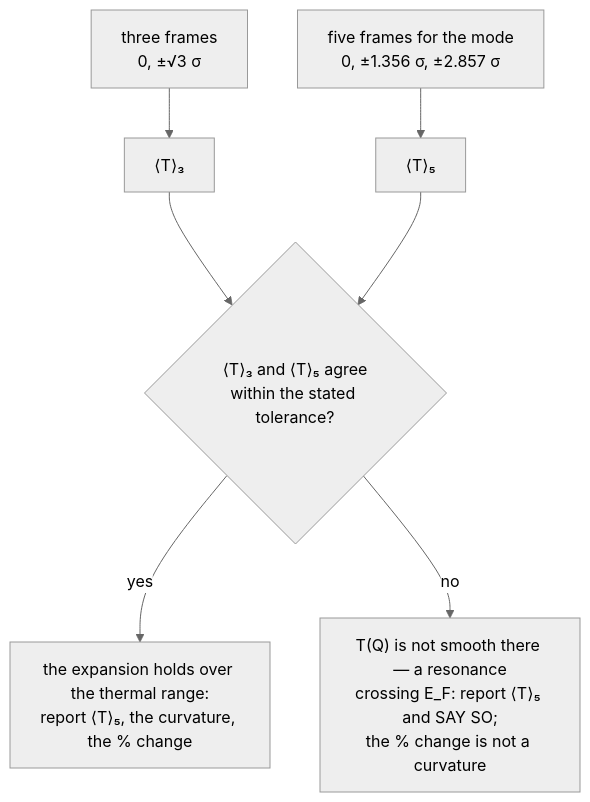
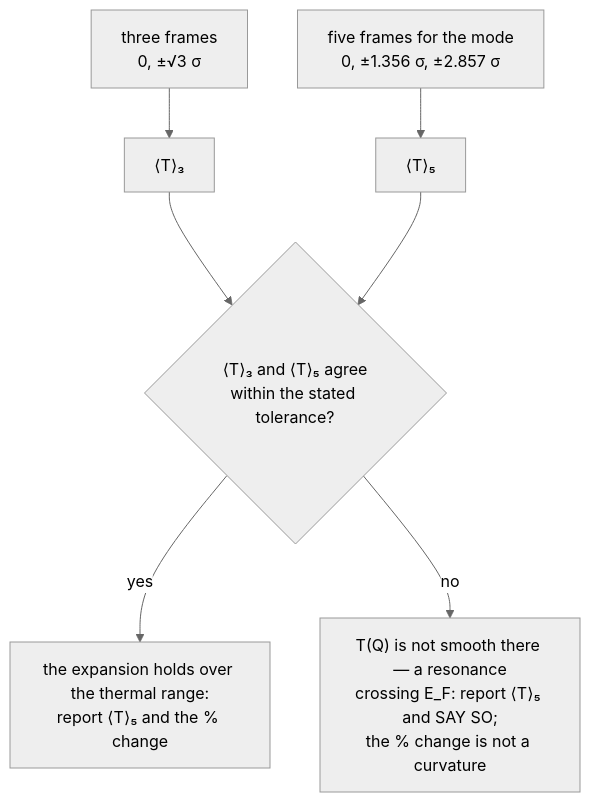
Before and after one commit to Qing-LAB/molbuilder: the fifth of 6 diagrams in docs/science/vibrational-averaging.md, drawn with Mermaid (neutral theme). The commit also changed other lines of this file and 27 other files, not shown here.

````diff
--- a/docs/science/vibrational-averaging.md
+++ b/docs/science/vibrational-averaging.md
@@ -345,9 +346,9 @@
 ```mermaid
 flowchart TD
     A["three frames<br/>0, ±√3 σ"] --> B["⟨T⟩₃"]
     C["five frames for the mode<br/>0, ±1.356 σ, ±2.857 σ"] --> D["⟨T⟩₅"]
     B --> E{"⟨T⟩₃ and ⟨T⟩₅ agree<br/>within the stated tolerance?"}
     D --> E
-    E -->|yes| F["the expansion holds over the thermal range:<br/>report ⟨T⟩₅, the curvature, the % change"]
+    E -->|yes| F["the expansion holds over the thermal range:<br/>report ⟨T⟩₅ and the % change"]
     E -->|no| G["T(Q) is not smooth there — a resonance<br/>crossing E_F: report ⟨T⟩₅ and SAY SO;<br/>the % change is not a curvature"]
 ```
````
